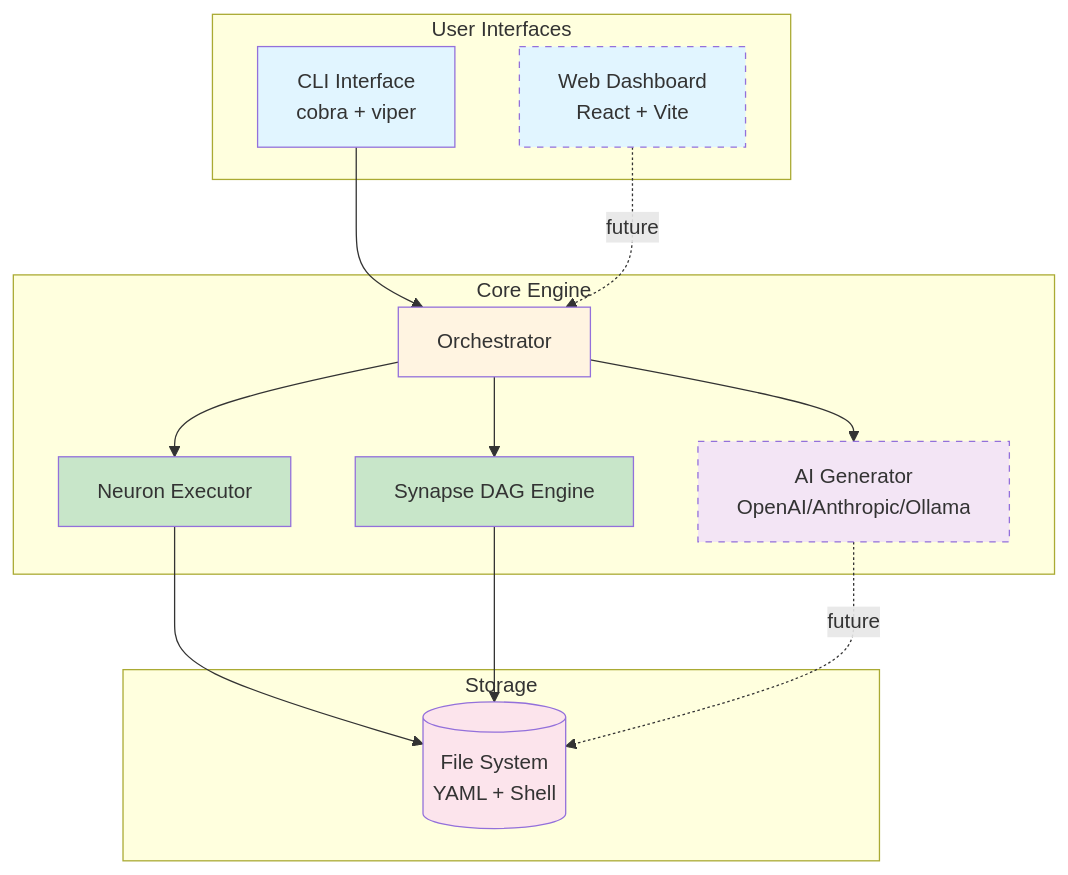
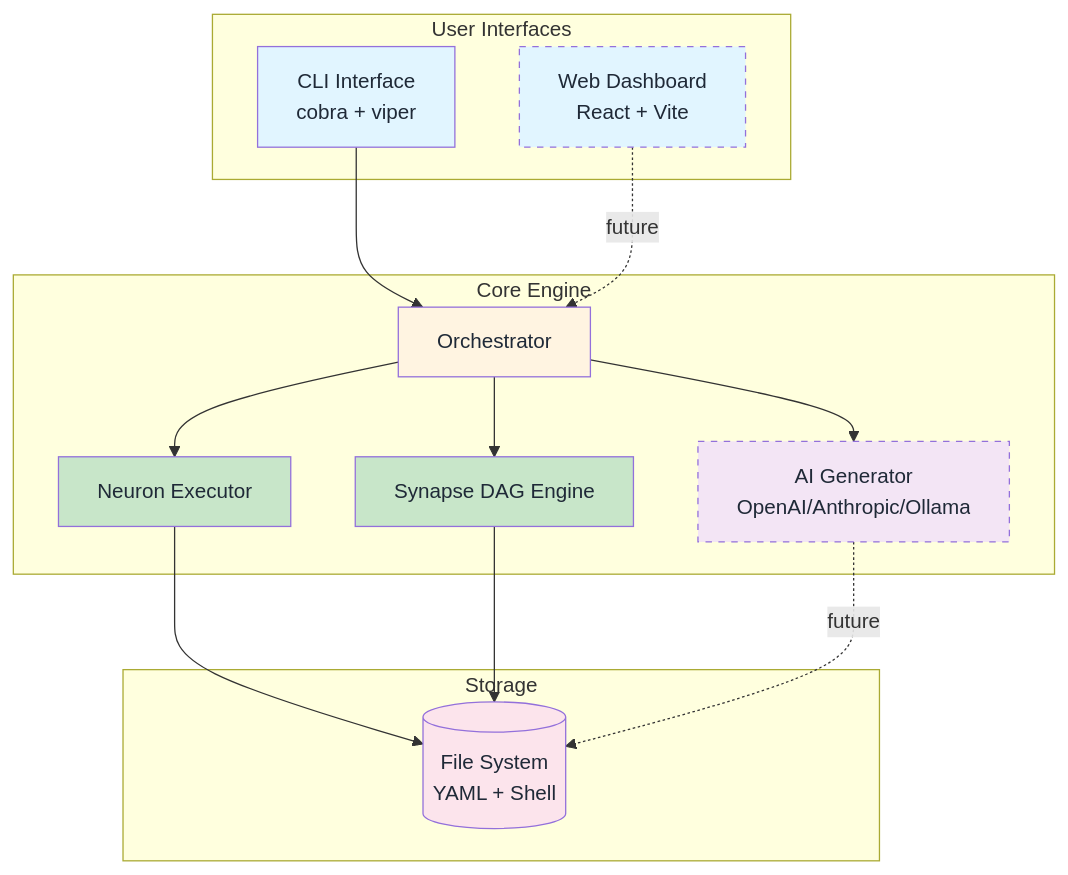
One commit to mailprak/cortex changed the fourth of 6 diagrams in README.md. Above: the diagram before and after it, drawn with Mermaid. The commit also changed other lines of this file and 3 other files, not shown here.

First line of the commit message:
fix(docs): improve Mermaid diagram text visibility with dark color

````diff
--- a/README.md
+++ b/README.md
@@ -191,36 +191,36 @@
 ```mermaid
 graph TB
     subgraph "User Interfaces"
         CLI[CLI Interface<br/>cobra + viper]
         WebUI[Web Dashboard<br/>React + Vite]
     end
 
     subgraph "Core Engine"
         Orchestrator[Orchestrator]
         NeuronExec[Neuron Executor]
         SynapseDAG[Synapse DAG Engine]
         AIGen[AI Generator<br/>OpenAI/Anthropic/Ollama]
     end
 
     subgraph "Storage"
         FileSystem[(File System<br/>YAML + Shell)]
     end
 
     CLI --> Orchestrator
     WebUI -.->|future| Orchestrator
     Orchestrator --> NeuronExec
     Orchestrator --> SynapseDAG
     Orchestrator --> AIGen
 
     NeuronExec --> FileSystem
     SynapseDAG --> FileSystem
     AIGen -.->|future| FileSystem
 
-    style CLI fill:#e1f5ff
-    style WebUI fill:#e1f5ff,stroke-dasharray: 5 5
-    style Orchestrator fill:#fff4e1
-    style NeuronExec fill:#c8e6c9
-    style SynapseDAG fill:#c8e6c9
-    style AIGen fill:#f3e5f5,stroke-dasharray: 5 5
-    style FileSystem fill:#fce4ec
+    style CLI fill:#e1f5ff,color:#1f2937
+    style WebUI fill:#e1f5ff,stroke-dasharray: 5 5,color:#1f2937
+    style Orchestrator fill:#fff4e1,color:#1f2937
+    style NeuronExec fill:#c8e6c9,color:#1f2937
+    style SynapseDAG fill:#c8e6c9,color:#1f2937
+    style AIGen fill:#f3e5f5,stroke-dasharray: 5 5,color:#1f2937
+    style FileSystem fill:#fce4ec,color:#1f2937
 ```
````
